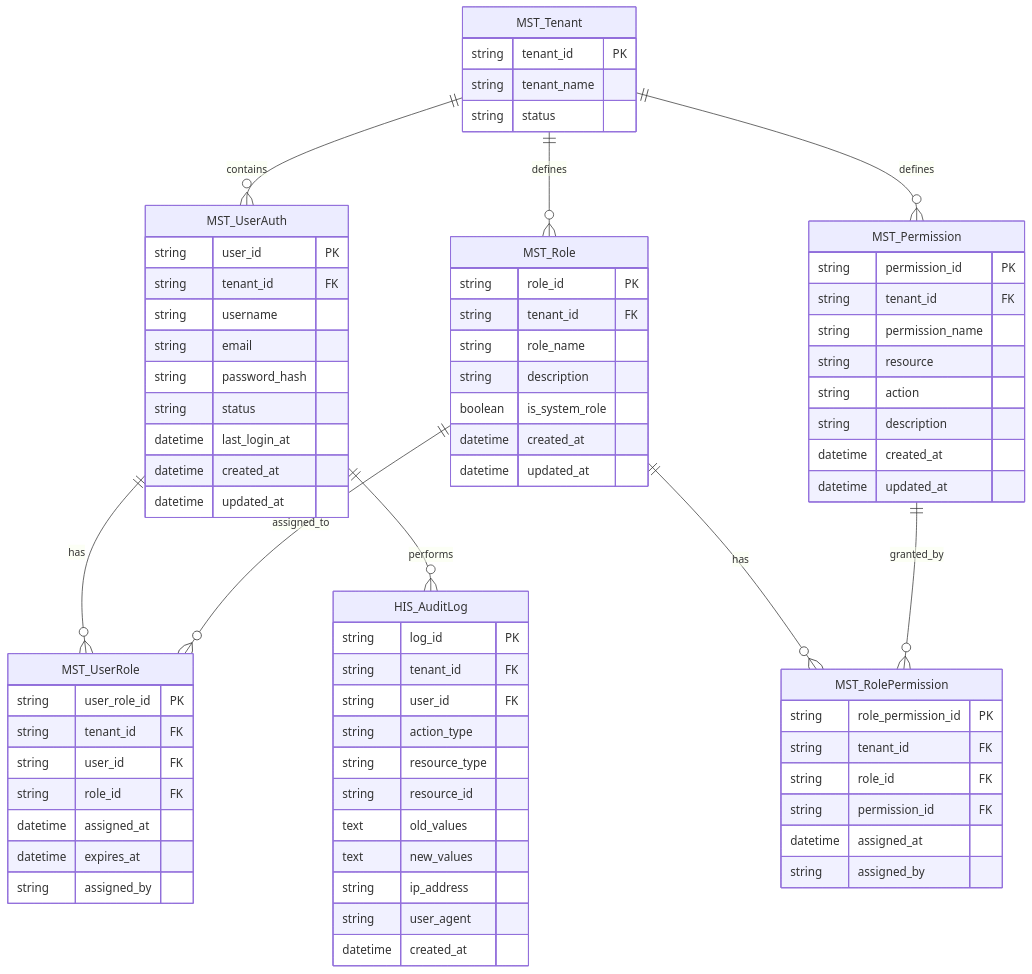
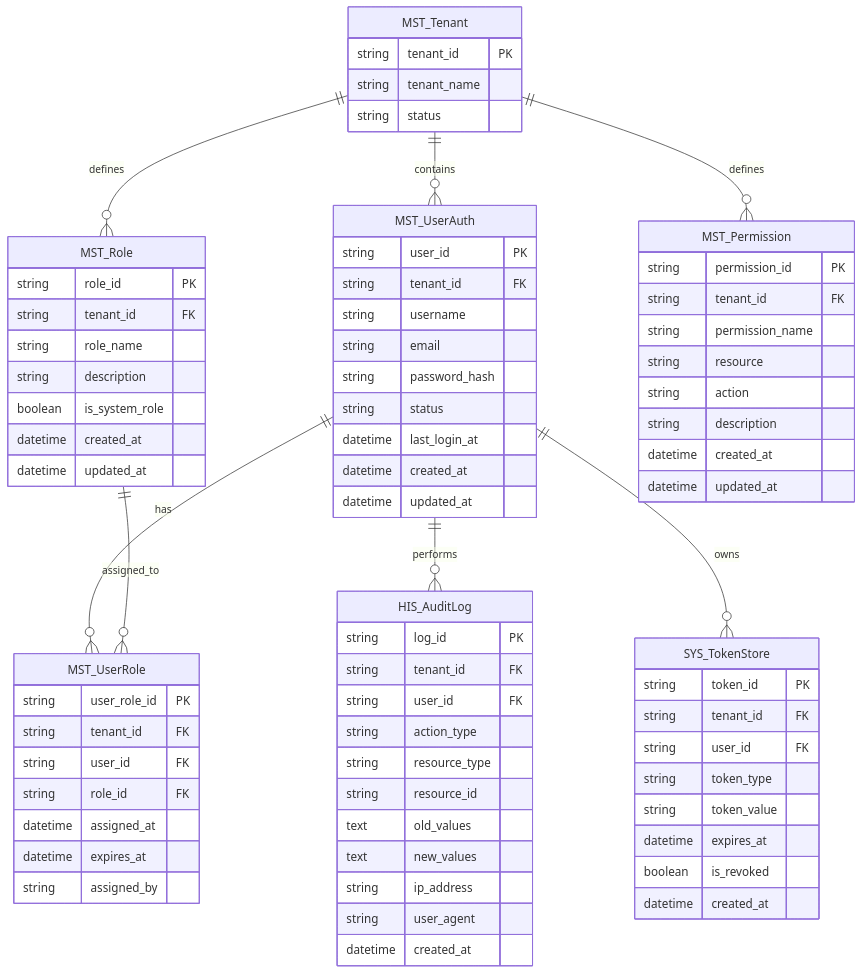
One commit to sas-dx/skill-report-web changed the third of 9 diagrams in docs/design/database/エンティティ関連図.md. Above: the diagram before and after it, drawn with Mermaid. The commit also changed other lines of this file and 5 other files, not shown here.

First line of the commit message:
🧹 refactor: 不要なプロトタイプファイル削除とエンティティ関連図更新

````diff
--- a/docs/design/database/エンティティ関連図.md
+++ b/docs/design/database/エンティティ関連図.md
@@ -184,15 +223,6 @@
         string assigned_by
     }
     
-    MST_RolePermission {
-        string role_permission_id PK
-        string tenant_id FK
-        string role_id FK
-        string permission_id FK
-        datetime assigned_at
-        string assigned_by
-    }
-    
     HIS_AuditLog {
         string log_id PK
         string tenant_id FK
@@ -207,12 +237,22 @@
         datetime created_at
     }
     
+    SYS_TokenStore {
+        string token_id PK
+        string tenant_id FK
+        string user_id FK
+        string token_type
+        string token_value
+        datetime expires_at
+        boolean is_revoked
+        datetime created_at
+    }
+    
     MST_Tenant ||--o{ MST_UserAuth : "contains"
     MST_Tenant ||--o{ MST_Role : "defines"
     MST_Tenant ||--o{ MST_Permission : "defines"
     MST_UserAuth ||--o{ MST_UserRole : "has"
     MST_Role ||--o{ MST_UserRole : "assigned_to"
-    MST_Role ||--o{ MST_RolePermission : "has"
-    MST_Permission ||--o{ MST_RolePermission : "granted_by"
     MST_UserAuth ||--o{ HIS_AuditLog : "performs"
+    MST_UserAuth ||--o{ SYS_TokenStore : "owns"
 ```
````
